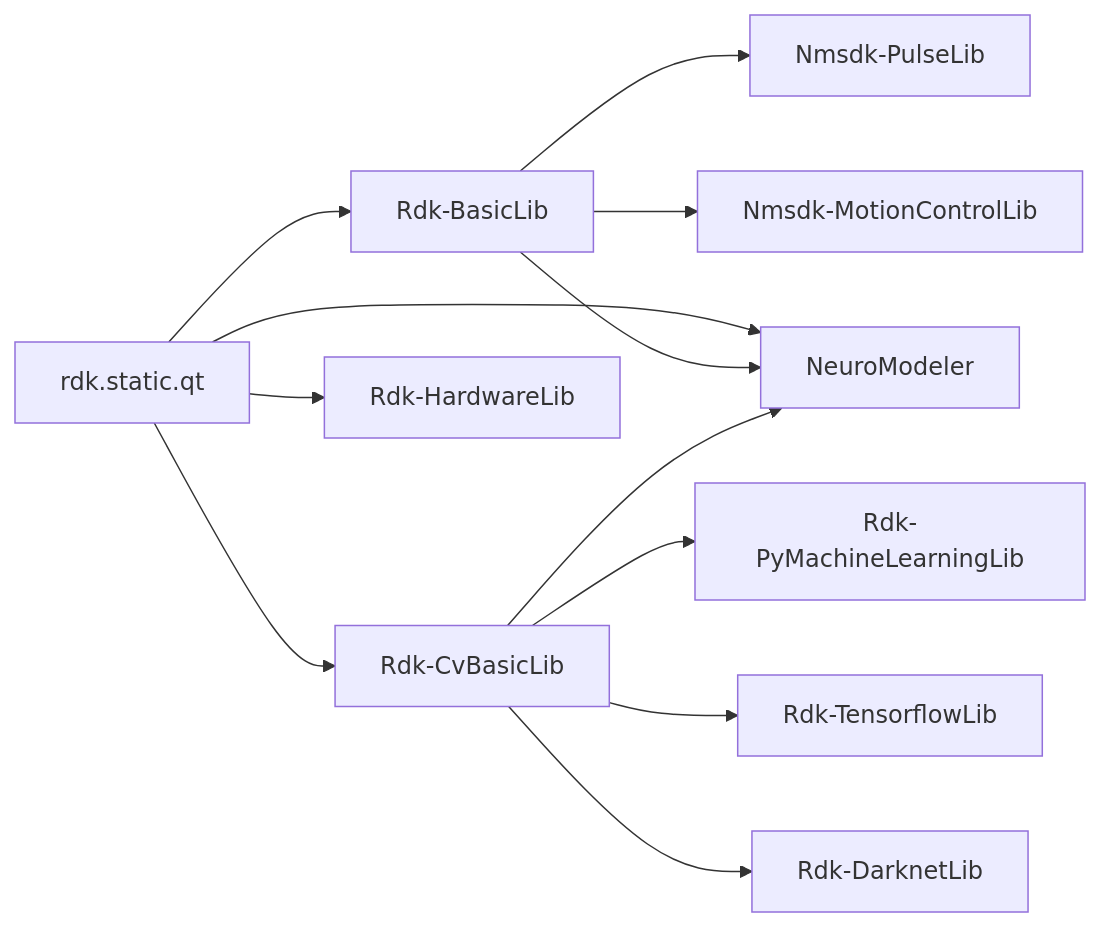
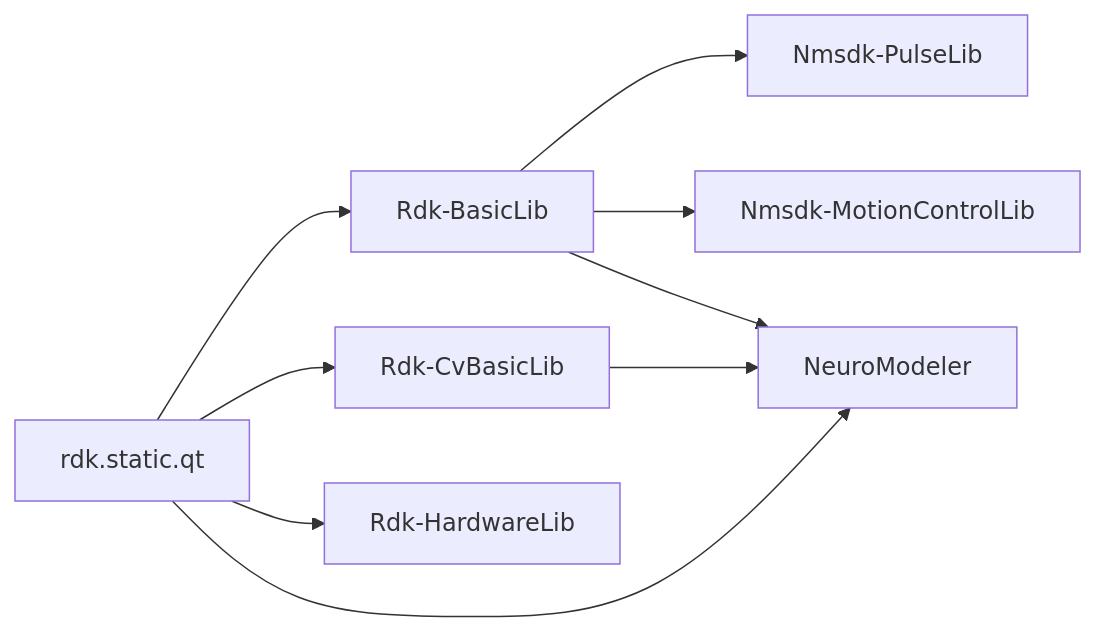
One commit to aicommunity/Nmsdk changed the second of 2 diagrams in Docs/Build-And-Deploy/Build-System.md. Above: the diagram before and after it, drawn with Mermaid. The commit also changed other lines of this file and 35 other files, not shown here.

````diff
--- a/Docs/Build-And-Deploy/Build-System.md
+++ b/Docs/Build-And-Deploy/Build-System.md
@@ -65,15 +65,12 @@
 ```mermaid
 flowchart LR
     RdkCore[rdk.static.qt] --> BasicLib[Rdk-BasicLib]
     RdkCore --> CvLib[Rdk-CvBasicLib]
     RdkCore --> HardwareLib[Rdk-HardwareLib]
     BasicLib --> PulseLib[Nmsdk-PulseLib]
     BasicLib --> MotionLib[Nmsdk-MotionControlLib]
-    CvLib --> PyMLLib[Rdk-PyMachineLearningLib]
-    CvLib --> TfLib[Rdk-TensorflowLib]
-    CvLib --> DarknetLib[Rdk-DarknetLib]
     
     RdkCore --> App[NeuroModeler]
     BasicLib --> App
     CvLib --> App
 ```
````
